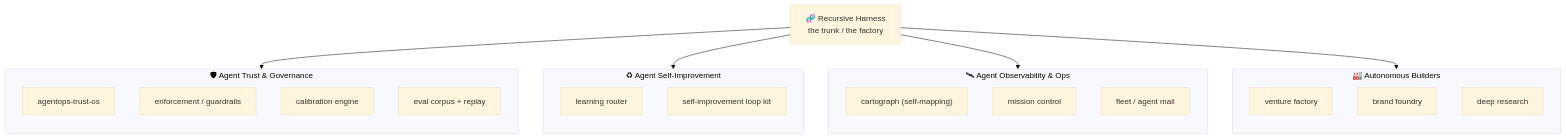
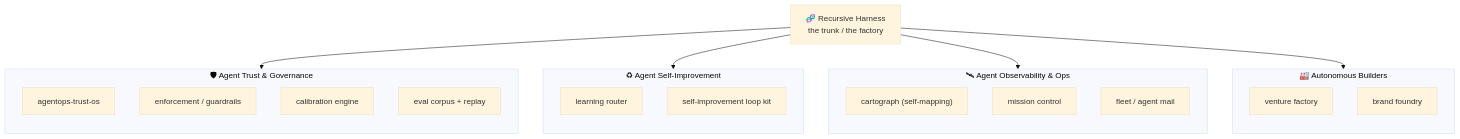
The first of 4 diagrams in proposals/2026-06-28-productization-map.md (GhostlyGawd/recursive-harness), drawn with Mermaid (base theme) before and after one commit. The commit also changed other lines of this file, not shown here.

First line of the commit message:
docs(productization-map): drop segment #12 "Deep Research" — it is an external plugin, not a harness artifact

````diff
--- a/proposals/2026-06-28-productization-map.md
+++ b/proposals/2026-06-28-productization-map.md
@@ -56,34 +55,33 @@
 ```mermaid
 flowchart TB
   H["🧬 Recursive Harness<br/>the trunk / the factory"]
 
   subgraph TRUST["🛡 Agent Trust & Governance"]
     direction TB
     S9["agentops-trust-os"]
     S4["enforcement / guardrails"]
     S1["calibration engine"]
     S3["eval corpus + replay"]
   end
 
   subgraph LEARN["♻ Agent Self-Improvement"]
     direction TB
     S7["learning router"]
     S8["self-improvement loop kit"]
   end
 
   subgraph OBS["🛰 Agent Observability & Ops"]
     direction TB
     S2["cartograph (self-mapping)"]
     S5["mission control"]
     S6["fleet / agent mail"]
   end
 
   subgraph BUILD["🏭 Autonomous Builders"]
     direction TB
     S10["venture factory"]
     S11["brand foundry"]
-    S12["deep research"]
   end
 
   H --> TRUST & LEARN & OBS & BUILD
 ```
````
